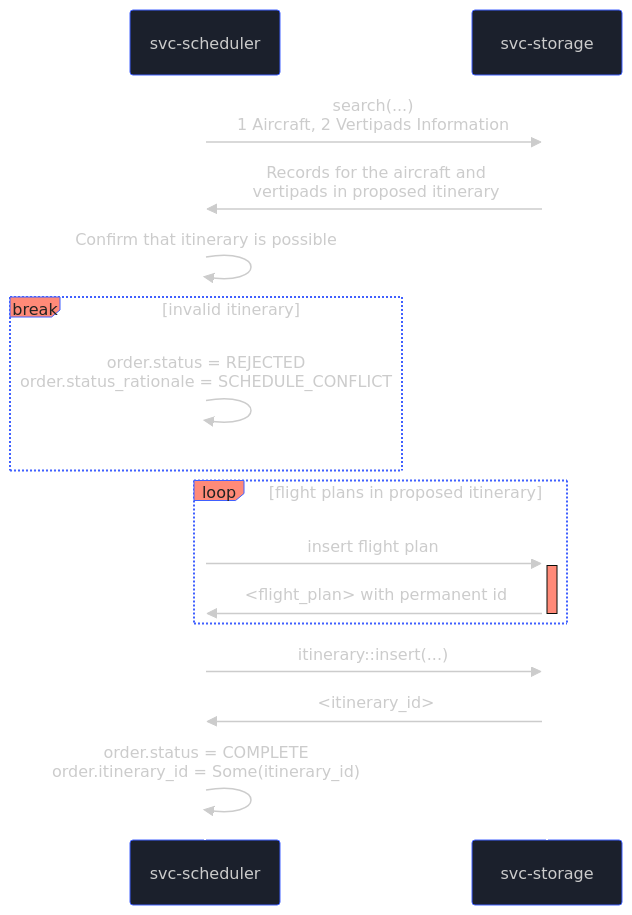
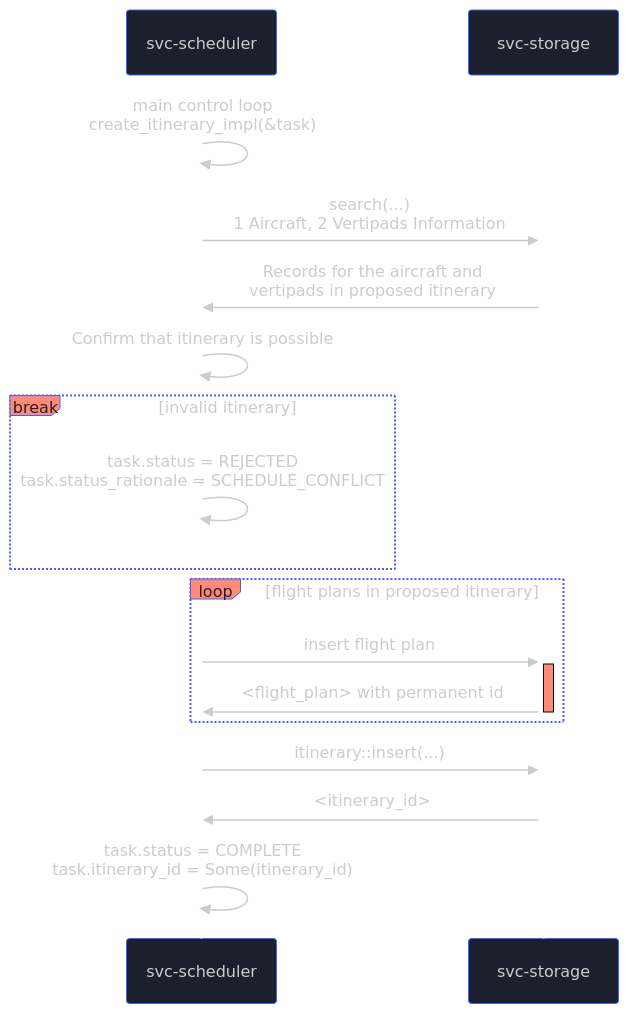
The third of 9 diagrams in docs/sdd.md (aetheric-oss/svc-scheduler), drawn with Mermaid before and after one commit. The commit also changed other lines of this file and 2 other files, not shown here.

````diff
--- a/docs/sdd.md
+++ b/docs/sdd.md
@@ -225,40 +216,41 @@
 ```mermaid
 %%{
   init: {
     'theme': 'base',
     'themeVariables': {
       'primaryColor': '#1B202C',
       'primaryBorderColor': '#4060FF',
       'primaryTextColor': '#CCC',
       'actorLineColor': '#fff',
       'labelBoxBkgColor': '#FF8A78',
       'labelTextColor': '#222',
       'sequenceNumberColor': '#1B202C',
       'noteBkgColor': '#D6D6D6',
       'noteTextColor': '#222',
       'activationBkgColor': '#FF8A78'
     }
   }
 }%%
 sequenceDiagram
     participant scheduler as svc-scheduler
     participant storage as svc-storage
 
+    scheduler->>scheduler: main control loop<br>create_itinerary_impl(&task)
     scheduler->>+storage: search(...)<br>1 Aircraft, 2 Vertipads Information
     storage->>scheduler: Records for the aircraft and<br>vertipads in proposed itinerary
     scheduler->>scheduler: Confirm that itinerary is possible
 
     break invalid itinerary
-        scheduler->>scheduler: order.status = REJECTED<br>order.status_rationale = SCHEDULE_CONFLICT
+        scheduler->>scheduler: task.status = REJECTED<br>task.status_rationale = SCHEDULE_CONFLICT
     end
     
     loop flight plans in proposed itinerary
         scheduler->>+storage: insert flight plan
         storage->>-scheduler: <flight_plan> with permanent id
     end
 
     scheduler->>storage: itinerary::insert(...)
     storage->>scheduler: <itinerary_id>
-    scheduler->>scheduler: order.status = COMPLETE<br>order.itinerary_id = Some(itinerary_id)
+    scheduler->>scheduler: task.status = COMPLETE<br>task.itinerary_id = Some(itinerary_id)
 
 ```
````
